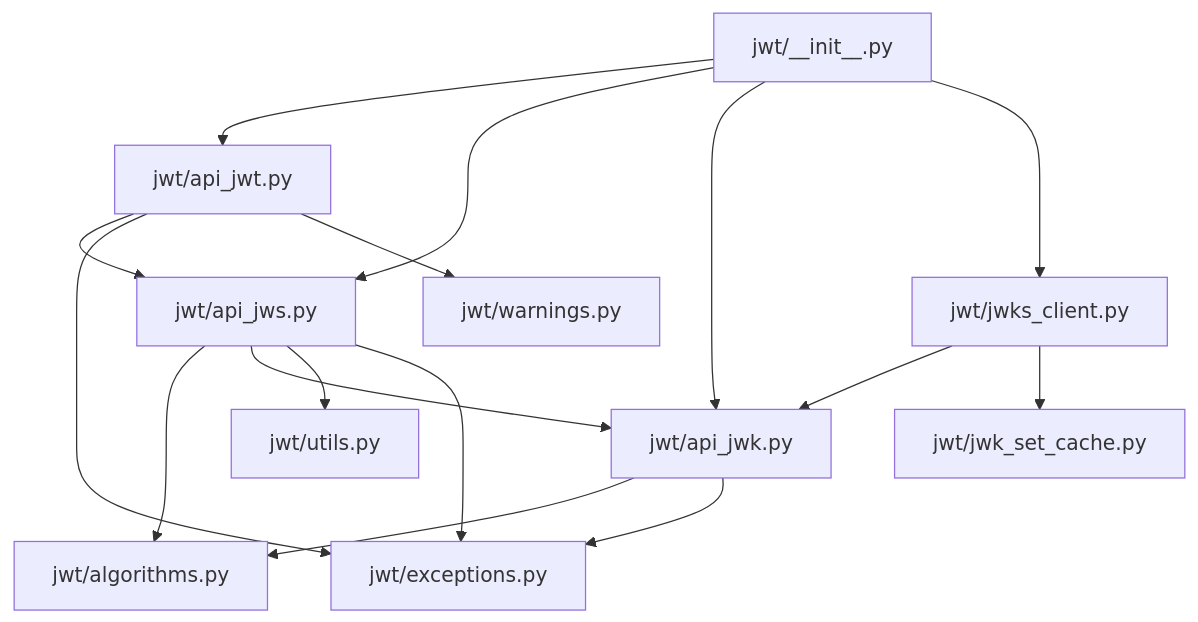
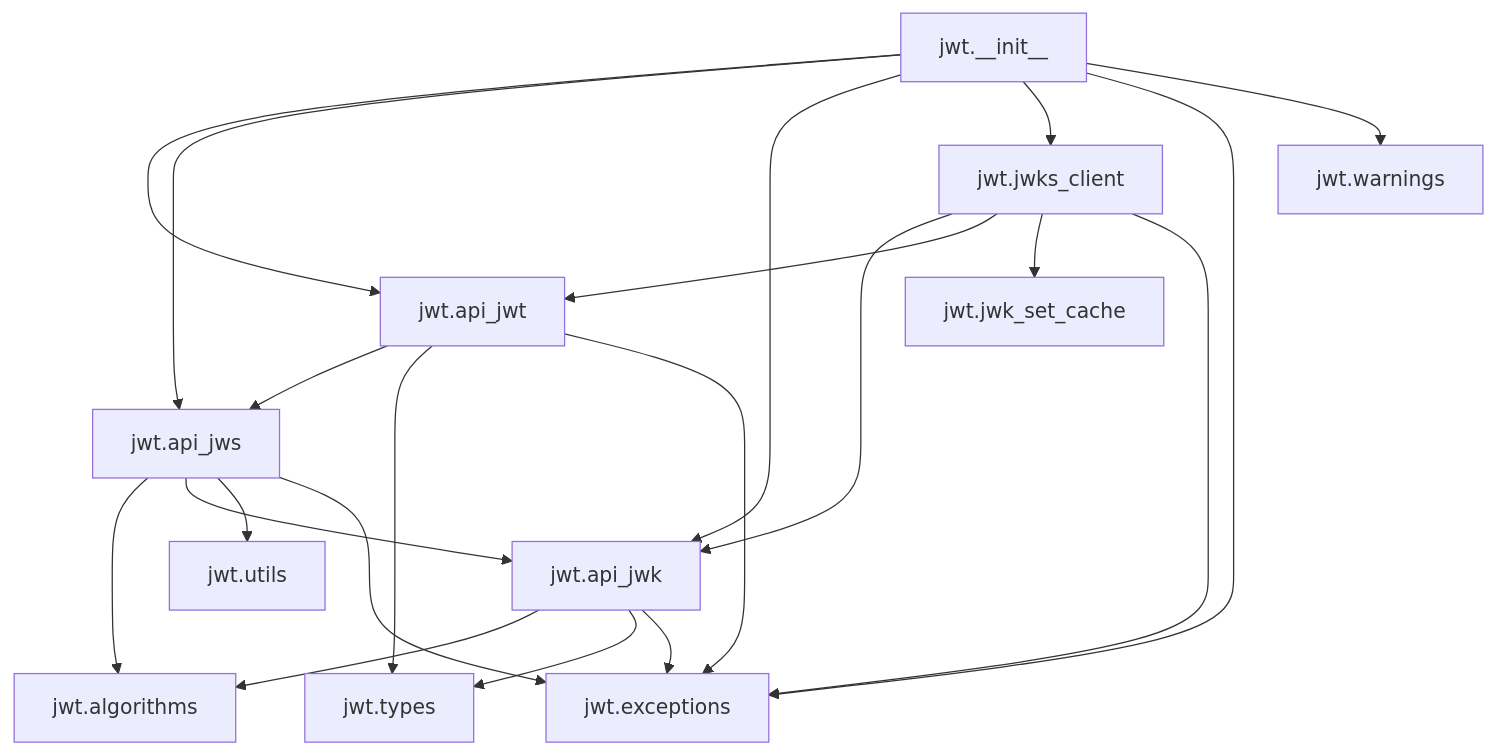
The second of 2 diagrams in examples/pyjwt/archdoc/ARCHITECTURE.md (stefanrossmeier/ai-craftkit), drawn with Mermaid before and after one commit. The commit also changed other lines of this file and 12 other files, not shown here.

````diff
--- a/examples/pyjwt/archdoc/ARCHITECTURE.md
+++ b/examples/pyjwt/archdoc/ARCHITECTURE.md
@@ -112,29 +83,35 @@
 ```mermaid
 flowchart TD
-  init[jwt/__init__.py]
-  apijwt[jwt/api_jwt.py]
-  apijws[jwt/api_jws.py]
-  algs[jwt/algorithms.py]
-  apijwk[jwt/api_jwk.py]
-  jwks[jwt/jwks_client.py]
-  cache[jwt/jwk_set_cache.py]
-  utils[jwt/utils.py]
-  ex[jwt/exceptions.py]
-  warn[jwt/warnings.py]
+  init[jwt.__init__]
+  api_jwt[jwt.api_jwt]
+  api_jws[jwt.api_jws]
+  api_jwk[jwt.api_jwk]
+  algorithms[jwt.algorithms]
+  jwks[jwt.jwks_client]
+  cache[jwt.jwk_set_cache]
+  utils[jwt.utils]
+  types[jwt.types]
+  exceptions[jwt.exceptions]
+  warnings[jwt.warnings]
 
-  init --> apijwt
-  init --> apijws
-  init --> apijwk
+  init --> api_jwt
+  init --> api_jws
+  init --> api_jwk
   init --> jwks
-  apijwt --> apijws
-  apijwt --> ex
-  apijwt --> warn
-  apijws --> algs
-  apijws --> apijwk
-  apijws --> utils
-  apijws --> ex
-  apijwk --> algs
-  apijwk --> ex
-  jwks --> apijwk
+  init --> exceptions
+  init --> warnings
+  api_jwt --> api_jws
+  api_jwt --> types
+  api_jwt --> exceptions
+  api_jws --> algorithms
+  api_jws --> api_jwk
+  api_jws --> utils
+  api_jws --> exceptions
+  api_jwk --> algorithms
+  api_jwk --> types
+  api_jwk --> exceptions
+  jwks --> api_jwk
+  jwks --> api_jwt
   jwks --> cache
+  jwks --> exceptions
 ```
````
